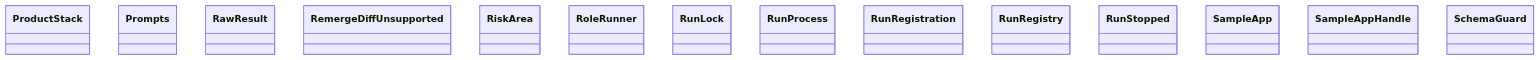
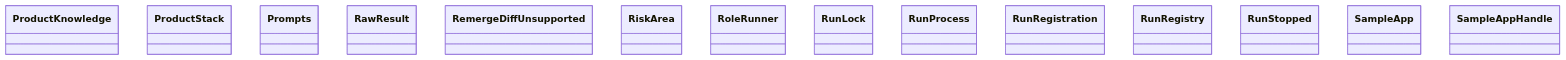
The diagram in docs/architecture/generated/classes-process-application-support-6.md (GonzaloZevallos/agentic-system), drawn with Mermaid before and after one commit. The commit also changed other lines of this file and 25 other files, not shown here.

Commit message:
Regenerate the architecture docs for the SMTP adapter

````diff
--- a/docs/architecture/generated/classes-process-application-support-6.md
+++ b/docs/architecture/generated/classes-process-application-support-6.md
@@ -21,17 +21,17 @@
 ```mermaid
 classDiagram
+    class ports__ProductKnowledge["ProductKnowledge"]
     class ports__ProductStack["ProductStack"]
     class ports__Prompts["Prompts"]
     class ports__RawResult["RawResult"]
     class ports__RemergeDiffUnsupported["RemergeDiffUnsupported"]
     class ports__RiskArea["RiskArea"]
     class ports__RoleRunner["RoleRunner"]
     class ports__RunLock["RunLock"]
     class ports__RunProcess["RunProcess"]
     class ports__RunRegistration["RunRegistration"]
     class ports__RunRegistry["RunRegistry"]
     class ports__RunStopped["RunStopped"]
     class ports__SampleApp["SampleApp"]
     class ports__SampleAppHandle["SampleAppHandle"]
-    class ports__SchemaGuard["SchemaGuard"]
 ```
````
